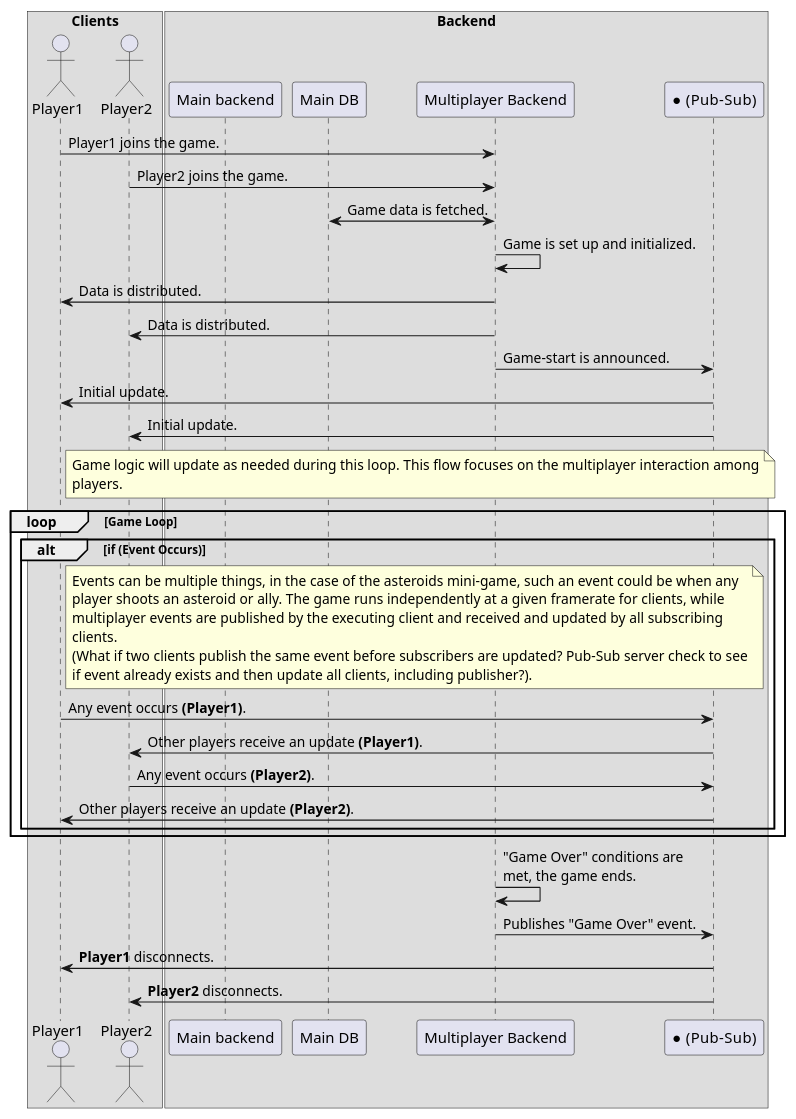
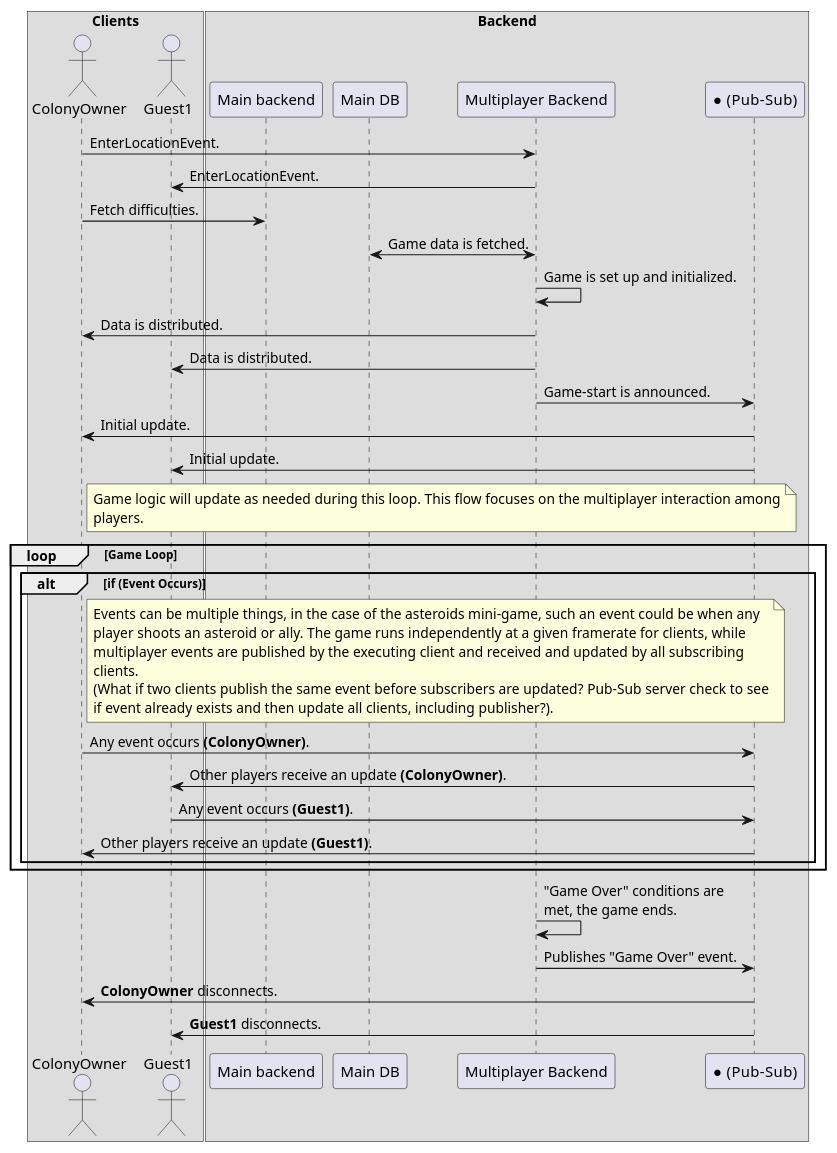
Before and after one commit to KlaesSoerensen/mim2-testing: the diagram in Diagrams/Asteroid Minigame Sequence Diagram.puml, drawn with PlantUML.

Commit message:
Update Asteroid Minigame Sequence Diagram.puml

```diff
--- a/Diagrams/Asteroid Minigame Sequence Diagram.puml
+++ b/Diagrams/Asteroid Minigame Sequence Diagram.puml
@@ -1,65 +1,67 @@
 @startuml
 'https://plantuml.com/sequence-diagram
 
 
 box "Clients"
-actor "Player1"
-actor "Player2"
+actor "ColonyOwner"
+actor "Guest1"
 box
 
 box "Backend"
 participant "Main backend"
 participant "Main DB"
 participant "Multiplayer Backend"
 participant "● (Pub-Sub)" as pubsub
 box
 
 'Flow'
 
 'Players Join Gamelobby'
-Player1 -> "Multiplayer Backend" : Player1 joins the game.
-Player2 -> "Multiplayer Backend" : Player2 joins the game.
+ColonyOwner -> "Multiplayer Backend" : EnterLocationEvent.
+"Multiplayer Backend" -> "Guest1" : EnterLocationEvent.
+"ColonyOwner" -> "Main backend" : Fetch difficulties.
+
 "Multiplayer Backend" <-> "Main DB" : Game data is fetched.
 "Multiplayer Backend" -> "Multiplayer Backend" : Game is set up and initialized.
 
-"Multiplayer Backend" -> "Player1" : Data is distributed.
-"Multiplayer Backend" -> "Player2" : Data is distributed.
+"Multiplayer Backend" -> "ColonyOwner" : Data is distributed.
+"Multiplayer Backend" -> "Guest1" : Data is distributed.
 "Multiplayer Backend" -> pubsub : Game-start is announced.
-pubsub -> "Player1" : Initial update.
-pubsub -> "Player2" : Initial update.
+pubsub -> "ColonyOwner" : Initial update.
+pubsub -> "Guest1" : Initial update.
 
 'Main Game Flow'
-note right of "Player1"
+note right of "ColonyOwner"
   Game logic will update as needed during this loop. This flow focuses on the multiplayer interaction among
   players.
 end note
 loop Game Loop
     alt if (Event Occurs)
-        note right of "Player1"
+        note right of "ColonyOwner"
           Events can be multiple things, in the case of the asteroids mini-game, such an event could be when any
           player shoots an asteroid or ally. The game runs independently at a given framerate for clients, while
           multiplayer events are published by the executing client and received and updated by all subscribing
           clients.
           (What if two clients publish the same event before subscribers are updated? Pub-Sub server check to see
           if event already exists and then update all clients, including publisher?).
         end note
 
-        "Player1" -> pubsub : Any event occurs **(Player1)**.
-        "Player2" <- pubsub : Other players receive an update **(Player1)**.
-        "Player2" -> pubsub : Any event occurs **(Player2)**.
-        "Player1" <- pubsub : Other players receive an update **(Player2)**.
+        "ColonyOwner" -> pubsub : Any event occurs **(ColonyOwner)**.
+        "Guest1" <- pubsub : Other players receive an update **(ColonyOwner)**.
+        "Guest1" -> pubsub : Any event occurs **(Guest1)**.
+        "ColonyOwner" <- pubsub : Other players receive an update **(Guest1)**.
     end
 end
 
 'Game Over'
 "Multiplayer Backend" -> "Multiplayer Backend" : "Game Over" conditions are \nmet, the game ends.
 "Multiplayer Backend" -> pubsub : Publishes "Game Over" event.
-pubsub -> "Player1" : **Player1** disconnects.
-pubsub -> "Player2" : **Player2** disconnects.
+pubsub -> "ColonyOwner" : **ColonyOwner** disconnects.
+pubsub -> "Guest1" : **Guest1** disconnects.
 
 
 
 
 
 
 @enduml
```
